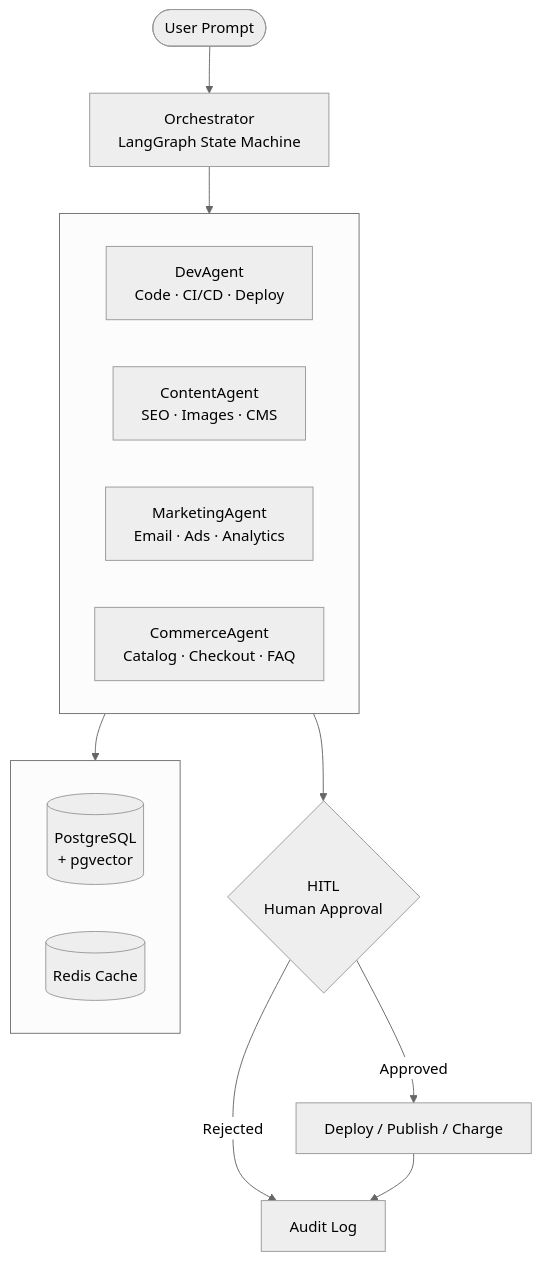
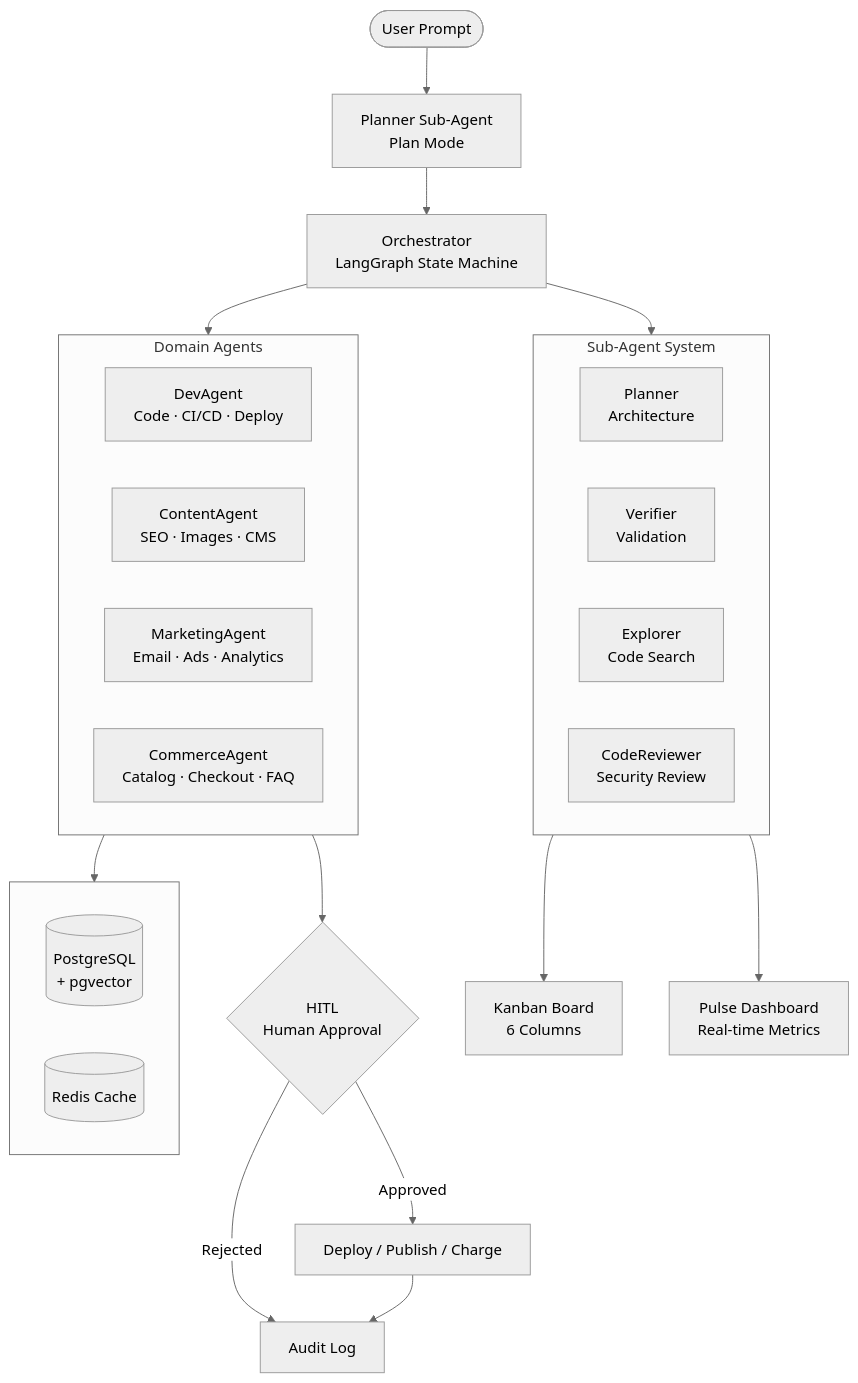
The diagram in README.md (HiTechTN/agentos), drawn with Mermaid (neutral theme) before and after one commit. The commit also changed other lines of this file, not shown here.

Commit message:
Update README for v4.0: sub-agents, Kanban, Pulse, MCP, comparison with Verdent.ai

````diff
--- a/README.md
+++ b/README.md
@@ -50,24 +53,35 @@
 ```mermaid
 flowchart TB
-    User([User Prompt]) --> Orch[Orchestrator<br/>LangGraph State Machine]
-    
-    subgraph Agents[" "]
+    User([User Prompt]) --> Plan[Planner Sub-Agent<br/>Plan Mode]
+    Plan --> Orch[Orchestrator<br/>LangGraph State Machine]
+
+    subgraph SubAgents["Sub-Agent System"]
+        Planner[Planner<br/>Architecture]
+        Verifier[Verifier<br/>Validation]
+        Explorer[Explorer<br/>Code Search]
+        Reviewer[CodeReviewer<br/>Security Review]
+    end
+
+    subgraph Agents["Domain Agents"]
         Dev[DevAgent<br/>Code · CI/CD · Deploy]
         Content[ContentAgent<br/>SEO · Images · CMS]
         Marketing[MarketingAgent<br/>Email · Ads · Analytics]
         Commerce[CommerceAgent<br/>Catalog · Checkout · FAQ]
     end
-    
+
+    Orch --> SubAgents
     Orch --> Agents
-    
+
     subgraph Memory[" "]
         PG[(PostgreSQL<br/>+ pgvector)]
         RC[(Redis Cache)]
     end
-    
+
     Agents --> Memory
     Agents --> HITL{HITL<br/>Human Approval}
     HITL -->|Approved| Output[Deploy / Publish / Charge]
     HITL -->|Rejected| Log[Audit Log]
     Output --> Log
+    SubAgents --> Kanban[Kanban Board<br/>6 Columns]
+    SubAgents --> Pulse[Pulse Dashboard<br/>Real-time Metrics]
 ```
````
